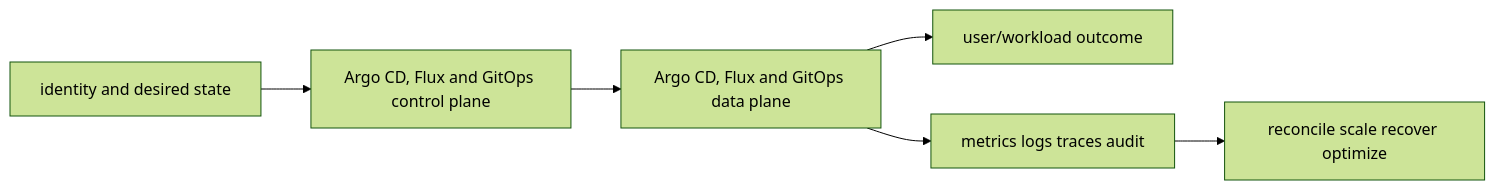
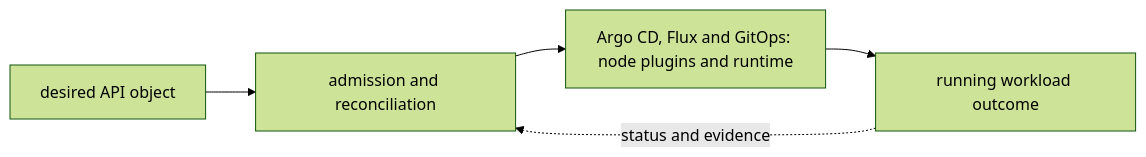
One commit to tomkidumbuyo/DevOps-interview-preparation changed the diagram in 06-kubernetes/07-packaging-extensions/03-gitops/README.md. Above: the diagram before and after it, drawn with Mermaid (forest theme). The commit also changed other lines of this file and 753 other files, not shown here.

````diff
--- a/06-kubernetes/07-packaging-extensions/03-gitops/README.md
+++ b/06-kubernetes/07-packaging-extensions/03-gitops/README.md
@@ -19,8 +31,7 @@
 ```mermaid
 flowchart LR
-  I[identity and desired state] --> C[Argo CD, Flux and GitOps control plane]
-  C --> D[Argo CD, Flux and GitOps data plane]
-  D --> U[user/workload outcome]
-  D --> O[metrics logs traces audit]
-  O --> R[reconcile scale recover optimize]
+  A["desired API object"] --> B["admission and reconciliation"]
+  B --> C["Argo CD, Flux and GitOps: node plugins and runtime"]
+  C --> D["running workload outcome"]
+  D -. "status and evidence" .-> B
 ```
````
